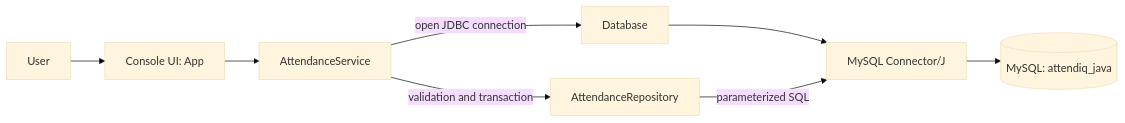
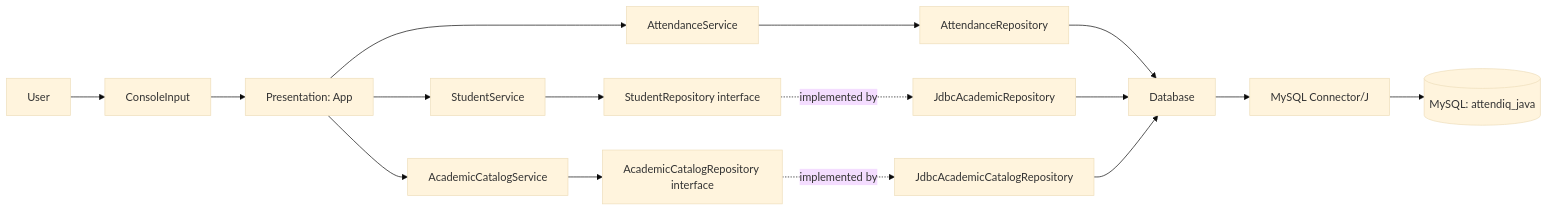
Before and after one commit to vishweshwaranbalasundaram/Attend-IQ: the first of 3 diagrams in README.md, drawn with Mermaid (base theme). The commit also changed other lines of this file and 56 other files, not shown here.

````diff
--- a/README.md
+++ b/README.md
@@ -22,10 +24,18 @@
 ```mermaid
 flowchart LR
-	User[User] --> App[Console UI: App]
-	App --> Service[AttendanceService]
-	Service -->|validation and transaction| Repository[AttendanceRepository]
-	Service -->|open JDBC connection| Database[Database]
-	Database --> Driver[MySQL Connector/J]
-	Repository -->|parameterized SQL| Driver
-	Driver --> MySQL[(MySQL: attendiq_java)]
+	User[User] --> Input[ConsoleInput]
+	Input --> App[Presentation: App]
+	App --> AttendanceService
+	App --> StudentService
+	App --> CatalogService[AcademicCatalogService]
+	AttendanceService --> AttendanceRepository
+	StudentService --> StudentPort[StudentRepository interface]
+	StudentPort -. implemented by .-> JdbcStudent[JdbcAcademicRepository]
+	CatalogService --> CatalogPort[AcademicCatalogRepository interface]
+	CatalogPort -. implemented by .-> JdbcCatalog[JdbcAcademicCatalogRepository]
+	AttendanceRepository --> Database[Database]
+	JdbcStudent --> Database
+	JdbcCatalog --> Database
+	Database --> Connector[MySQL Connector/J]
+	Connector --> MySQL[(MySQL: attendiq_java)]
 ```
````
